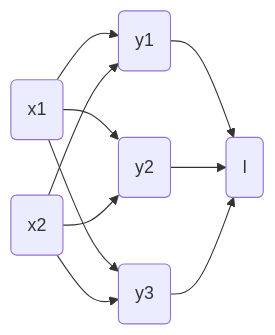
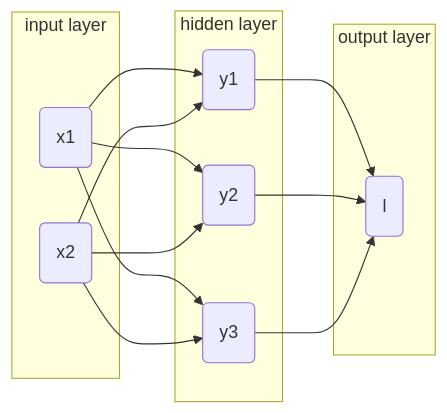
One commit to koushikkhan/koushikkhan.github.io changed the sixth of 6 diagrams in posts/2023-04-19-autograd/index.qmd. Above: the diagram before and after it, drawn with Mermaid. The commit also changed other lines of this file and 4 other files, not shown here.

````diff
--- a/posts/2023-04-19-autograd/index.qmd
+++ b/posts/2023-04-19-autograd/index.qmd
@@ -222,13 +253,28 @@
 ```{mermaid}
 %%| fig-width: 3.5
   graph LR
+  subgraph input layer
+  x1(x1) 
+  x2(x2)
+  end
+
+  subgraph hidden layer
+  y1(y1) 
+  y2(y2)
+  y3(y3)
+  end
+
+  subgraph output layer
+  l(l)
+  end
+
   x1(x1) --> y1(y1)
   x2(x2) --> y1(y1)
   x1(x1) --> y2(y2)
   x2(x2) --> y2(y2)
   x1(x1) --> y3(y3)
   x2(x2) --> y3(y3)
-  y1(y1) --> o(l)
-  y2(y2) --> o(l)
-  y3(y3) --> o(l)
+  y1(y1) --> l(l)
+  y2(y2) --> l(l)
+  y3(y3) --> l(l)
 ```
````
